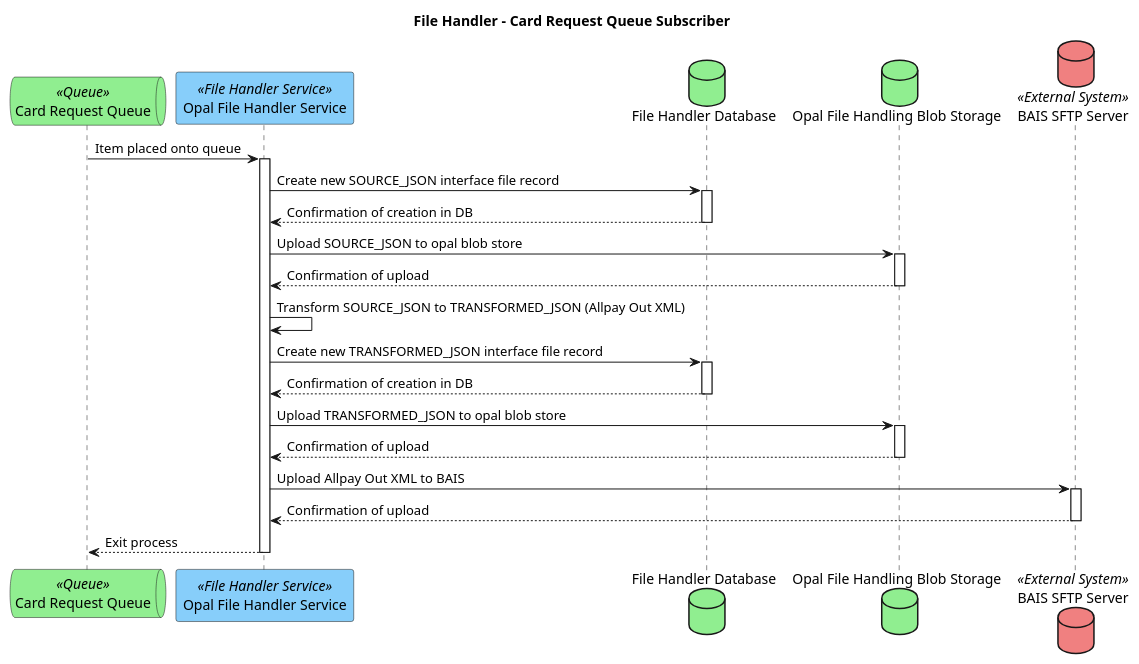
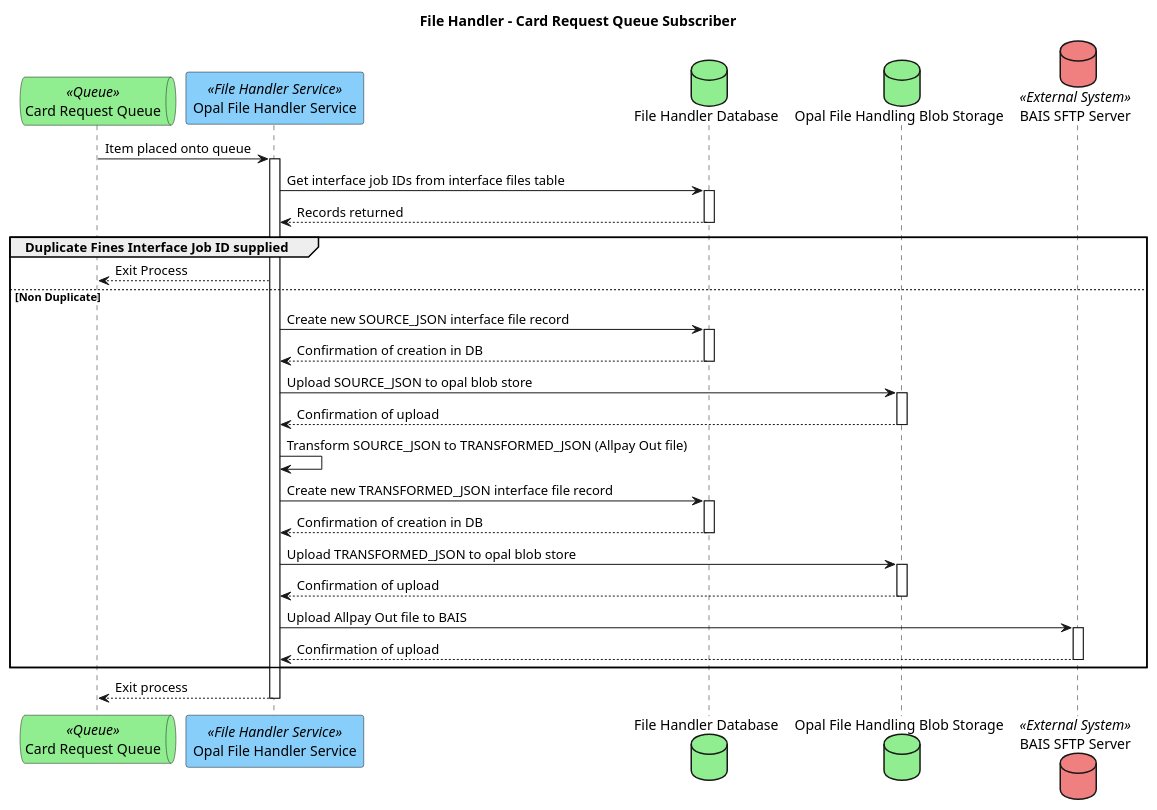
One commit to hmcts/opal-docs changed the diagram in plantUML/external-interfaces/ei7-file-handler-queue-subscriber.puml. Above: the diagram before and after it, drawn with PlantUML.

Commit message:
Modifying EI7 E2E subscriber to have duplicate check

```diff
--- a/plantUML/external-interfaces/ei7-file-handler-queue-subscriber.puml
+++ b/plantUML/external-interfaces/ei7-file-handler-queue-subscriber.puml
@@ -1,22 +1,28 @@
 @startuml
 title "File Handler - Card Request Queue Subscriber"
 queue "Card Request Queue" as cardRequestQueue <<Queue>> #lightgreen
 participant "Opal File Handler Service" as fileHandlerService <<File Handler Service>> #LightSkyBlue
 database "File Handler Database" as fileHandlerDb #LightGreen
 database "Opal File Handling Blob Storage" as fileHandlingBlobStorage #LightGreen
 database "BAIS SFTP Server" as baisSftpServer <<External System>> #LightCoral
 
 cardRequestQueue -> fileHandlerService ++ : Item placed onto queue
-fileHandlerService -> fileHandlerDb ++ : Create new SOURCE_JSON interface file record
-fileHandlerDb --> fileHandlerService -- : Confirmation of creation in DB
-fileHandlerService -> fileHandlingBlobStorage ++ : Upload SOURCE_JSON to opal blob store
-fileHandlingBlobStorage --> fileHandlerService -- : Confirmation of upload
-fileHandlerService -> fileHandlerService : Transform SOURCE_JSON to TRANSFORMED_JSON (Allpay Out XML)
-fileHandlerService -> fileHandlerDb ++ : Create new TRANSFORMED_JSON interface file record
-fileHandlerDb --> fileHandlerService -- : Confirmation of creation in DB
-fileHandlerService -> fileHandlingBlobStorage ++ : Upload TRANSFORMED_JSON to opal blob store
-fileHandlingBlobStorage --> fileHandlerService -- : Confirmation of upload
-fileHandlerService -> baisSftpServer ++ : Upload Allpay Out XML to BAIS
-baisSftpServer --> fileHandlerService -- : Confirmation of upload
+fileHandlerService -> fileHandlerDb ++ : Get interface job IDs from interface files table
+fileHandlerDb --> fileHandlerService -- : Records returned
+group Duplicate Fines Interface Job ID supplied
+    fileHandlerService --> cardRequestQueue : Exit Process
+else Non Duplicate
+    fileHandlerService -> fileHandlerDb ++ : Create new SOURCE_JSON interface file record
+    fileHandlerDb --> fileHandlerService -- : Confirmation of creation in DB
+    fileHandlerService -> fileHandlingBlobStorage ++ : Upload SOURCE_JSON to opal blob store
+    fileHandlingBlobStorage --> fileHandlerService -- : Confirmation of upload
+    fileHandlerService -> fileHandlerService : Transform SOURCE_JSON to TRANSFORMED_JSON (Allpay Out file)
+    fileHandlerService -> fileHandlerDb ++ : Create new TRANSFORMED_JSON interface file record
+    fileHandlerDb --> fileHandlerService -- : Confirmation of creation in DB
+    fileHandlerService -> fileHandlingBlobStorage ++ : Upload TRANSFORMED_JSON to opal blob store
+    fileHandlingBlobStorage --> fileHandlerService -- : Confirmation of upload
+    fileHandlerService -> baisSftpServer ++ : Upload Allpay Out file to BAIS
+    baisSftpServer --> fileHandlerService -- : Confirmation of upload
+end
 fileHandlerService --> cardRequestQueue -- : Exit process
 @enduml
```
